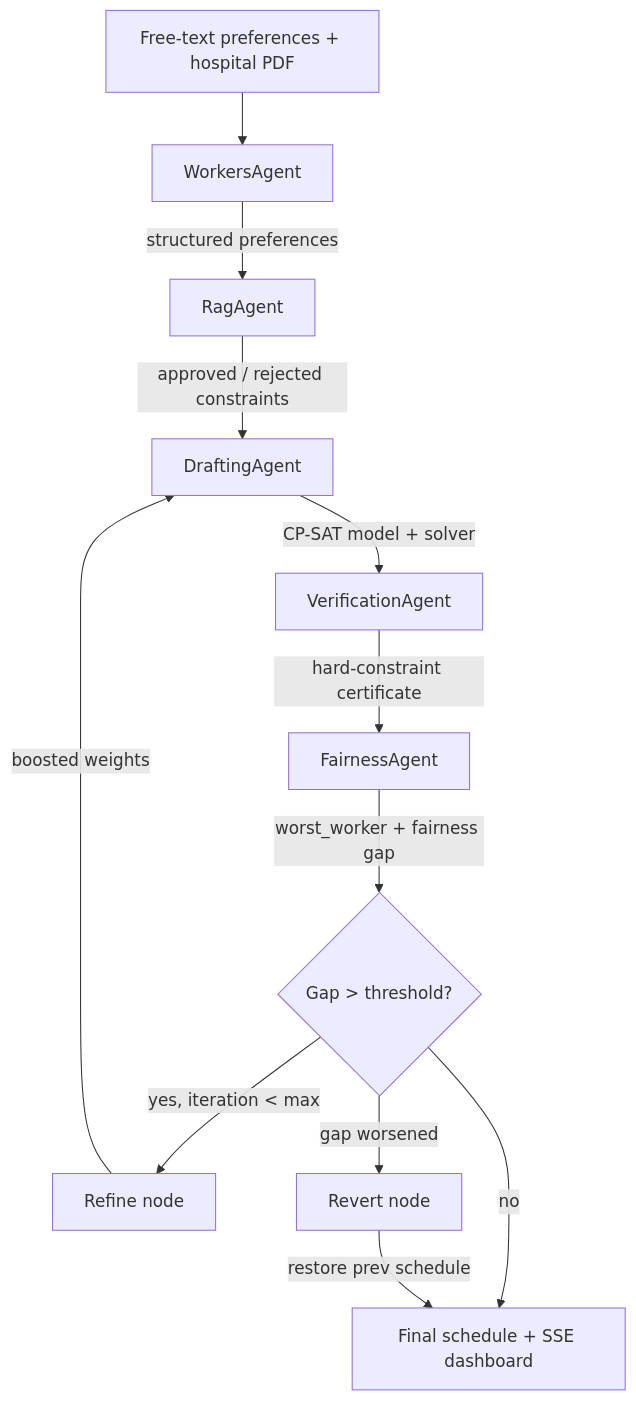
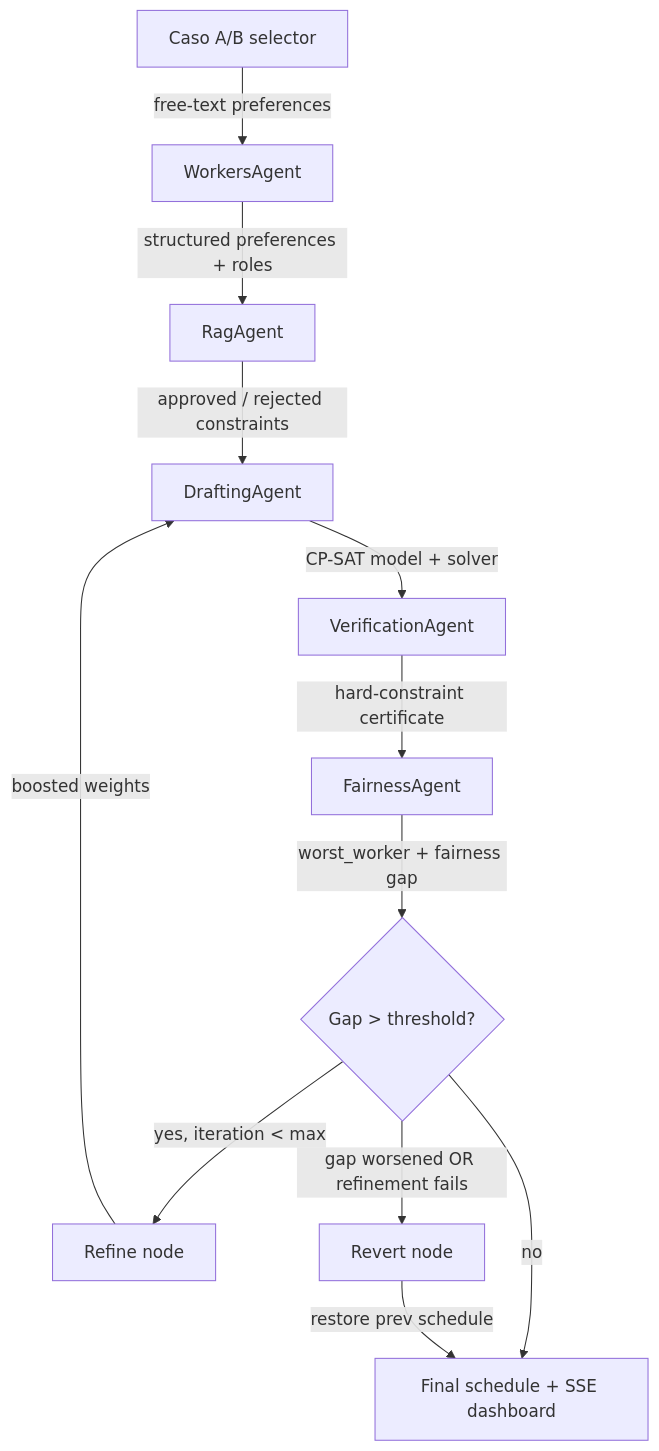
The diagram in README.md (lucatimpano/Hybrid-Agentic-Scheduler), drawn with Mermaid before and after one commit. The commit also changed other lines of this file and 12 other files, not shown here.

First line of the commit message:
feat: Caso B support, UI scenario selector, floating timer, IT prompt phrases, revert fallback

````diff
--- a/README.md
+++ b/README.md
@@ -46,14 +48,14 @@
 ```mermaid
 graph TD
-    A[Free-text preferences + hospital PDF] --> B[WorkersAgent]
-    B -->|structured preferences| C[RagAgent]
+    A[Caso A/B selector] -->|free-text preferences| B[WorkersAgent]
+    B -->|structured preferences + roles| C[RagAgent]
     C -->|approved / rejected constraints| D[DraftingAgent]
     D -->|CP-SAT model + solver| E[VerificationAgent]
     E -->|hard-constraint certificate| F[FairnessAgent]
-    F -->|worst_worker + fairness gap| G{Gap > threshold?}
-    G -->|yes, iteration < max| H[Refine node]
+    F -->|worst_worker + fairness gap| G{Gap &gt; threshold?}
+    G -->|yes, iteration &lt; max| H[Refine node]
     H -->|boosted weights| D
     G -->|no| I[Final schedule + SSE dashboard]
-    G -->|gap worsened| J[Revert node]
+    G -->|gap worsened OR refinement fails| J[Revert node]
     J -->|restore prev schedule| I
 ```
````
